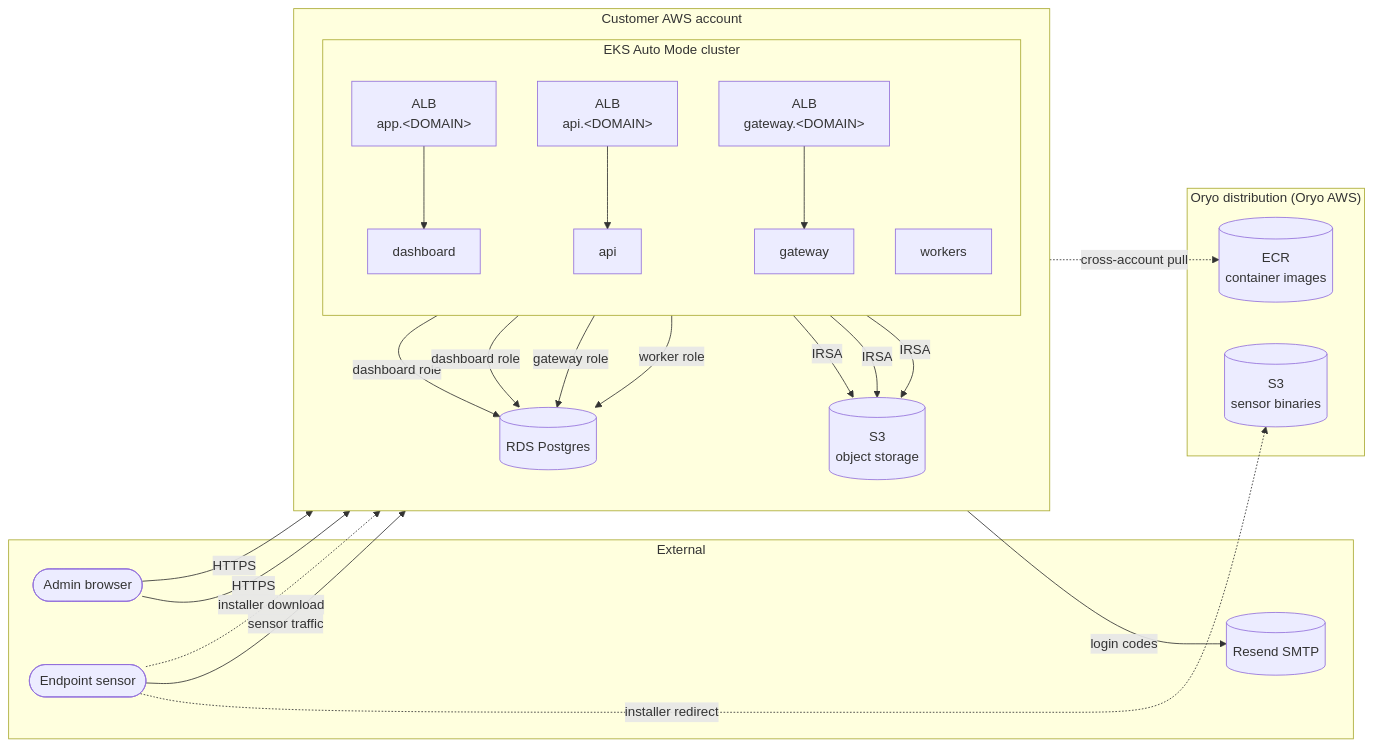
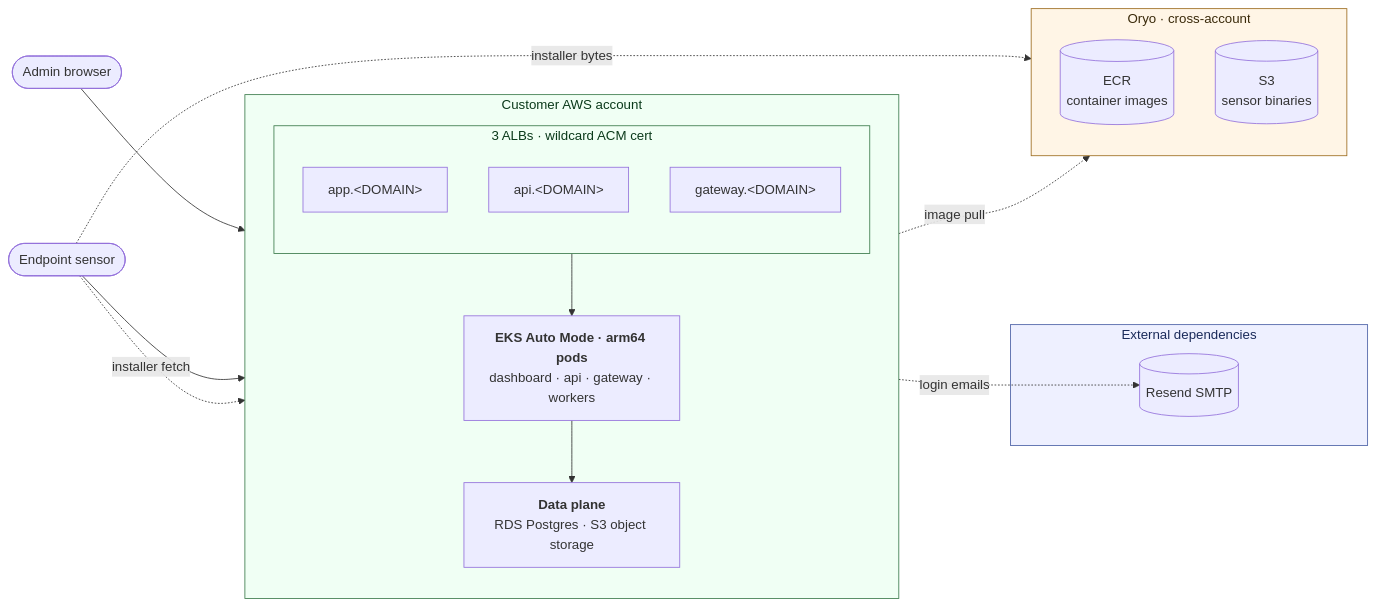
The diagram in customer/README.md (oryo-identity/oryo-private-deploy), drawn with Mermaid before and after one commit. The commit also changed other lines of this file and 7 other files, not shown here.

````diff
--- a/customer/README.md
+++ b/customer/README.md
@@ -13,54 +13,42 @@
 ```mermaid
 flowchart LR
-    subgraph external["External"]
-        BROWSER([Admin browser])
-        SENSOR([Endpoint sensor])
+    BROWSER([Admin browser])
+    SENSOR([Endpoint sensor])
+
+    subgraph CUST["Customer AWS account"]
+        direction TB
+        subgraph ING["3 ALBs · wildcard ACM cert"]
+            direction TB
+            ALB_APP[app.&lt;DOMAIN&gt;]
+            ALB_API[api.&lt;DOMAIN&gt;]
+            ALB_GW[gateway.&lt;DOMAIN&gt;]
+        end
+        PODS["<b>EKS Auto Mode · arm64 pods</b><br/>dashboard · api · gateway · workers"]
+        DATA["<b>Data plane</b><br/>RDS Postgres · S3 object storage"]
+        ING --> PODS --> DATA
+    end
+
+    subgraph EXTDEPS["External dependencies"]
         RESEND[(Resend SMTP)]
     end
 
-    subgraph oryo_aws["Oryo distribution (Oryo AWS)"]
+    subgraph ORYO["Oryo · cross-account"]
+        direction TB
         ECR[(ECR<br/>container images)]
         BIN[(S3<br/>sensor binaries)]
     end
 
-    subgraph customer["Customer AWS account"]
-        direction TB
-        subgraph eks["EKS Auto Mode cluster"]
-            direction TB
-            ALB_APP[ALB<br/>app.&lt;DOMAIN&gt;]
-            ALB_API[ALB<br/>api.&lt;DOMAIN&gt;]
-            ALB_GW[ALB<br/>gateway.&lt;DOMAIN&gt;]
+    BROWSER --> ALB_APP
+    SENSOR --> ALB_GW
+    SENSOR -. installer fetch .-> ALB_API
+    SENSOR -. installer bytes .-> BIN
+    PODS -. login emails .-> RESEND
+    PODS -. image pull .-> ECR
 
-            DASH[dashboard]
-            API[api]
-            GW[gateway]
-            WK[workers]
-
-            ALB_APP --> DASH
-            ALB_API --> API
-            ALB_GW --> GW
-        end
-
-        RDS[(RDS Postgres)]
-        S3[(S3<br/>object storage)]
-    end
-
-    BROWSER -- HTTPS --> ALB_APP
-    BROWSER -- HTTPS --> ALB_API
-    SENSOR -- sensor traffic --> ALB_GW
-    SENSOR -. installer download .-> ALB_API
-    SENSOR -. installer redirect .-> BIN
-
-    DASH -- dashboard role --> RDS
-    API -- dashboard role --> RDS
-    GW -- gateway role --> RDS
-    WK -- worker role --> RDS
-
-    DASH -- IRSA --> S3
-    API -- IRSA --> S3
-    WK -- IRSA --> S3
-
-    DASH -- login codes --> RESEND
-
-    eks -. cross-account pull .-> ECR
+    classDef cust fill:#f0fff4,stroke:#3a7a4a,color:#0a3a1a
+    classDef oryo fill:#fff5e6,stroke:#9c6b1d,color:#3a2a0a
+    classDef ext fill:#eef0ff,stroke:#4a5fa5,color:#1a2a5a
+    class CUST,ING cust
+    class ORYO oryo
+    class EXTDEPS ext
 ```
````
